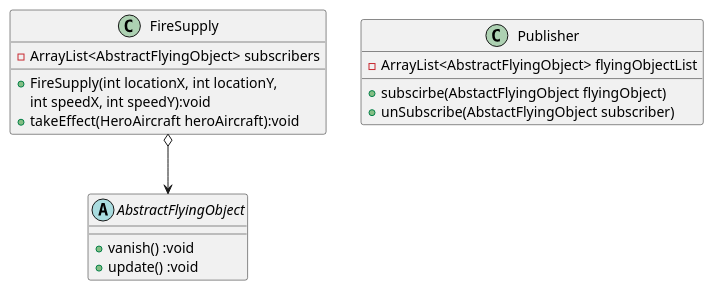
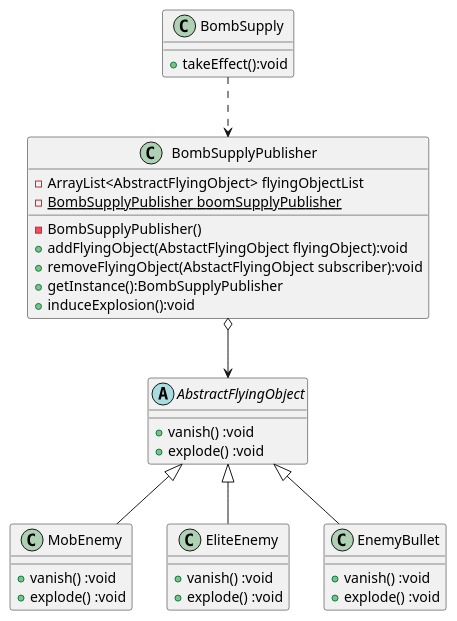
One commit to Lokshaw-Chau/AircraftWar changed the diagram in uml/ObserverPattern.puml. Above: the diagram before and after it, drawn with PlantUML. The commit also changed 5 other files, not shown here.

Commit message:
观察者模式类图 难度变化：敌机数量的最大值

```diff
--- a/uml/ObserverPattern.puml
+++ b/uml/ObserverPattern.puml
@@ -1,20 +1,38 @@
 @startuml
-
-class FireSupply{
-    - ArrayList<AbstractFlyingObject> subscribers
-    + FireSupply(int locationX, int locationY,
-        int speedX, int speedY):void
-    + takeEffect(HeroAircraft heroAircraft):void
+class BombSupply{
+    + takeEffect():void
+}
+BombSupply ..>BombSupplyPublisher
+class BombSupplyPublisher{
+    - ArrayList<AbstractFlyingObject> flyingObjectList
+    -{static} BombSupplyPublisher boomSupplyPublisher
+    - BombSupplyPublisher()
+    + addFlyingObject(AbstactFlyingObject flyingObject):void
+    + removeFlyingObject(AbstactFlyingObject subscriber):void
+    + getInstance():BombSupplyPublisher
+    + induceExplosion():void
+}
+BombSupplyPublisher o--> AbstractFlyingObject
+Abstract AbstractFlyingObject{
+    + vanish() :void
+    + explode() :void
+    }
+class MobEnemy {
+    + vanish() :void
+    + explode() :void
 }
 
-class Publisher{
-    - ArrayList<AbstractFlyingObject> flyingObjectList
-    + subscirbe(AbstactFlyingObject flyingObject)
-    + unSubscribe(AbstactFlyingObject subscriber)
+class EliteEnemy{
+    + vanish() :void
+    + explode() :void
 }
-FireSupply o--> AbstractFlyingObject
-Abstract AbstractFlyingObject{
+
+class EnemyBullet {
     + vanish() :void
-    + update() :void
-    }
+    + explode() :void
+}
+
+AbstractFlyingObject<|--EliteEnemy
+AbstractFlyingObject<|--MobEnemy
+AbstractFlyingObject<|--EnemyBullet
 @enduml
```
